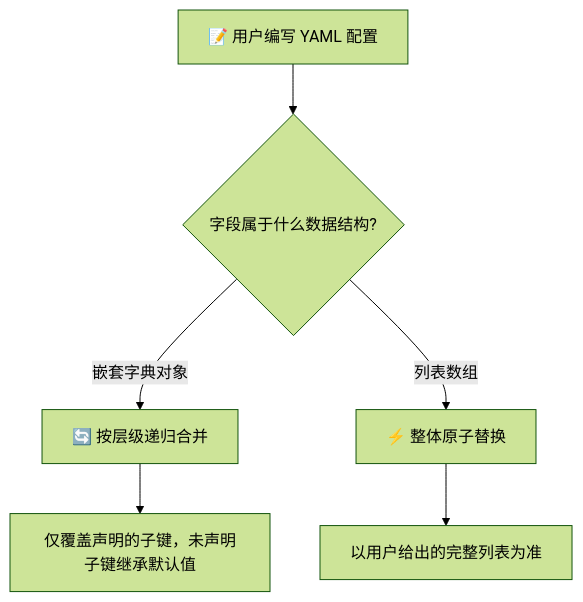
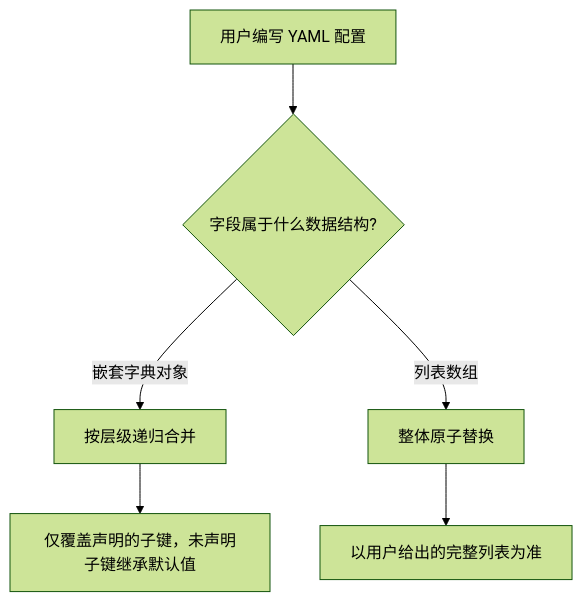
One commit to LyraVoid/Shirone-Docs changed the diagram in docs/guide/content-separation/config-overlay/README.md. Above: the diagram before and after it, drawn with Mermaid (forest theme). The commit also changed 7 other files, not shown here.

Commit message:
docs: standardize terminology in content separation guides by removing emojis from diagrams for improved clarity and consistency in both English and Chinese

````diff
--- a/docs/guide/content-separation/config-overlay/README.md
+++ b/docs/guide/content-separation/config-overlay/README.md
@@ -26,8 +26,8 @@
 ```mermaid
 flowchart TD
-    A["📝 用户编写 YAML 配置"] --> B{"字段属于什么数据结构?"}
-    B -->|嵌套字典对象| C["🔄 按层级递归合并"]
-    B -->|列表数组| D["⚡ 整体原子替换"]
-    C --> E["仅覆盖声明的子键，未声明子键继承默认值"]
-    D --> F["以用户给出的完整列表为准"]
+    A[用户编写 YAML 配置] --> B{字段属于什么数据结构?}
+    B -->|嵌套字典对象| C[按层级递归合并]
+    B -->|列表数组| D[整体原子替换]
+    C --> E[仅覆盖声明的子键，未声明子键继承默认值]
+    D --> F[以用户给出的完整列表为准]
 ```
````
